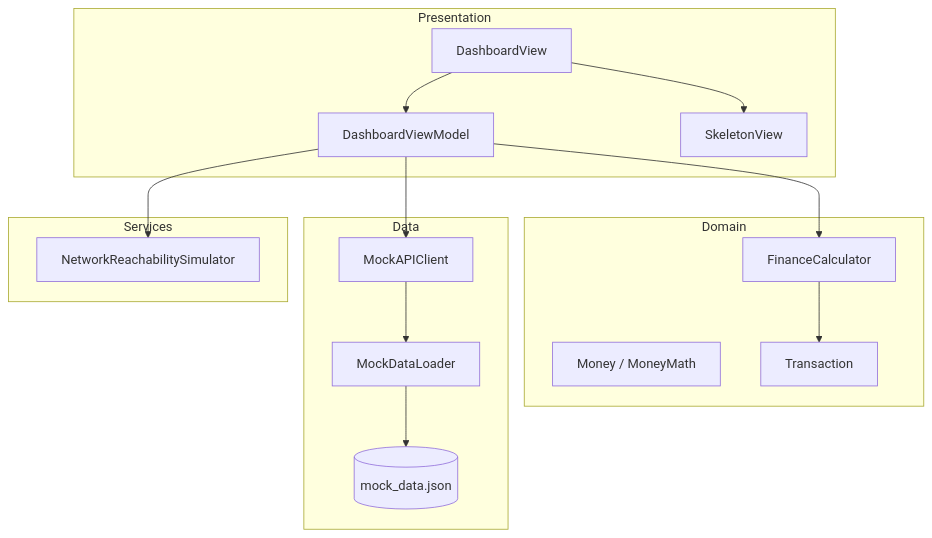
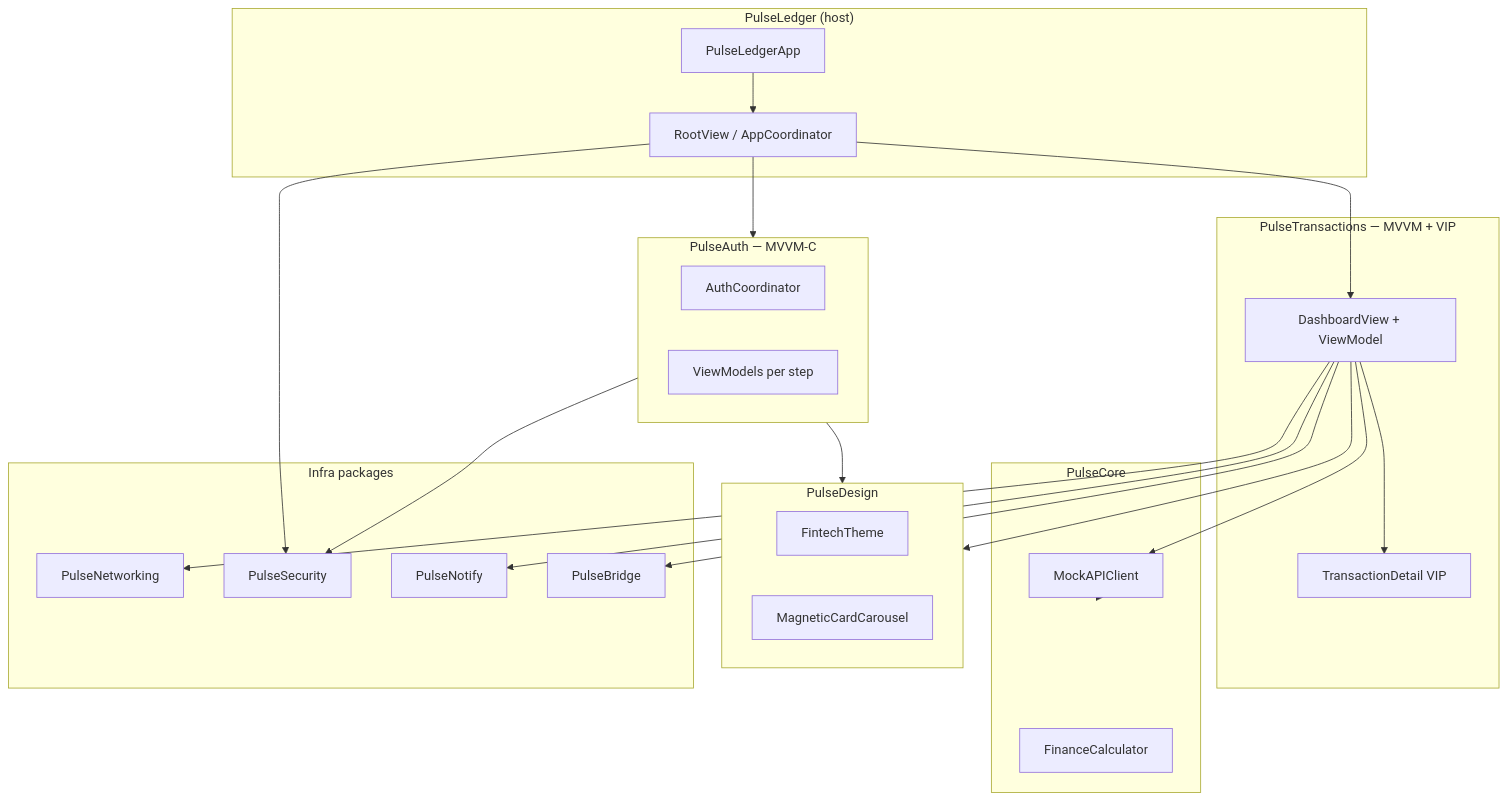
The diagram in README.md (deepak4u2006/PulseLedger), drawn with Mermaid before and after one commit. The commit also changed other lines of this file and 2 other files, not shown here.

Commit message:
docs: add architecture README and commit guides

````diff
--- a/README.md
+++ b/README.md
@@ -12,29 +19,48 @@
 ```mermaid
 flowchart TB
-    subgraph presentation [Presentation]
-        DV[DashboardView]
-        DVM[DashboardViewModel]
-        SK[SkeletonView]
+    subgraph Host["PulseLedger (host)"]
+        App[PulseLedgerApp]
+        Root[RootView / AppCoordinator]
     end
-    subgraph domain [Domain]
-        M[Money / MoneyMath]
-        FC[FinanceCalculator]
-        T[Transaction]
+
+    subgraph Auth["PulseAuth — MVVM-C"]
+        AC[AuthCoordinator]
+        VM[ViewModels per step]
     end
-    subgraph data [Data]
-        JSON[(mock_data.json)]
-        MDL[MockDataLoader]
+
+    subgraph Home["PulseTransactions — MVVM + VIP"]
+        DV[DashboardView + ViewModel]
+        VIP[TransactionDetail VIP]
+    end
+
+    subgraph Core["PulseCore"]
         API[MockAPIClient]
+        Calc[FinanceCalculator]
     end
-    subgraph services [Services]
-        NR[NetworkReachabilitySimulator]
+
+    subgraph Design["PulseDesign"]
+        Theme[FintechTheme]
+        Cards[MagneticCardCarousel]
     end
-    DV --> DVM
-    DVM --> API
-    DVM --> NR
-    API --> MDL
-    MDL --> JSON
-    DVM --> FC
-    FC --> T
-    DV --> SK
+
+    subgraph Infra["Infra packages"]
+        Net[PulseNetworking]
+        Sec[PulseSecurity]
+        Ntf[PulseNotify]
+        Brg[PulseBridge]
+    end
+
+    App --> Root
+    Root --> Auth
+    Root --> Sec
+    Auth --> Sec
+    Root --> DV
+    DV --> API
+    DV --> Net
+    DV --> Ntf
+    DV --> Brg
+    DV --> VIP
+    API --> Core
+    DV --> Design
+    Auth --> Design
 ```
````
